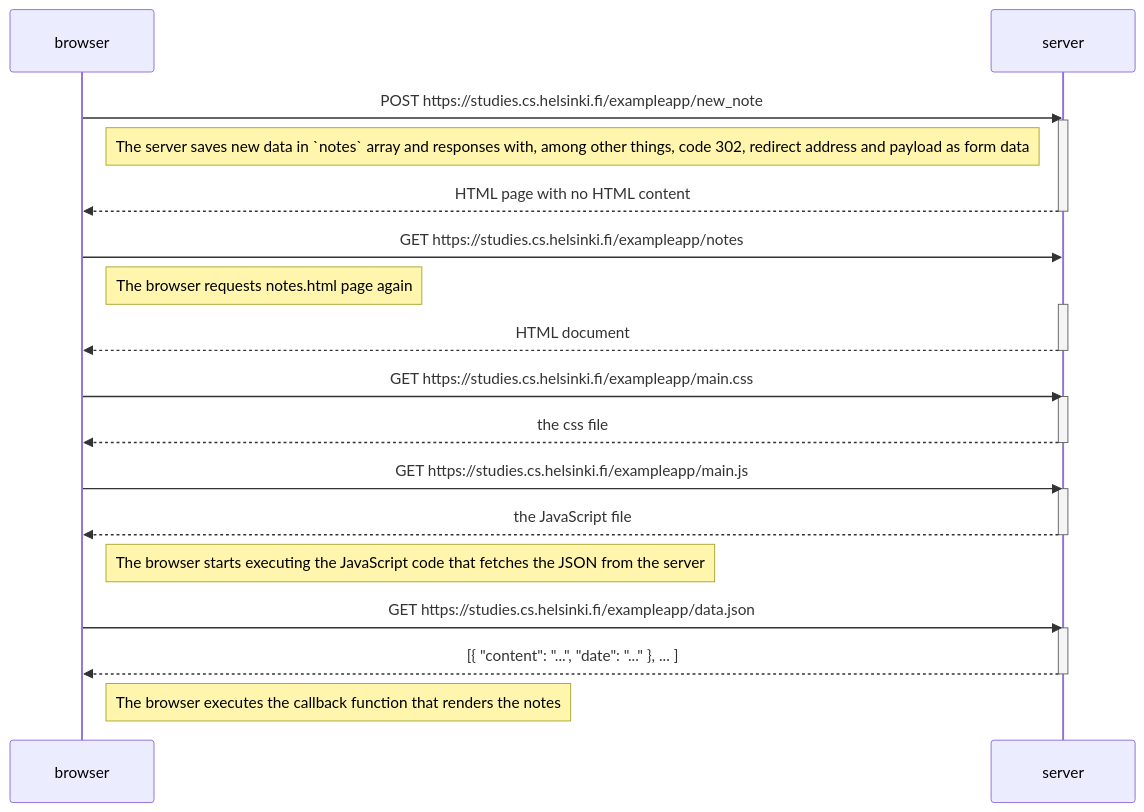
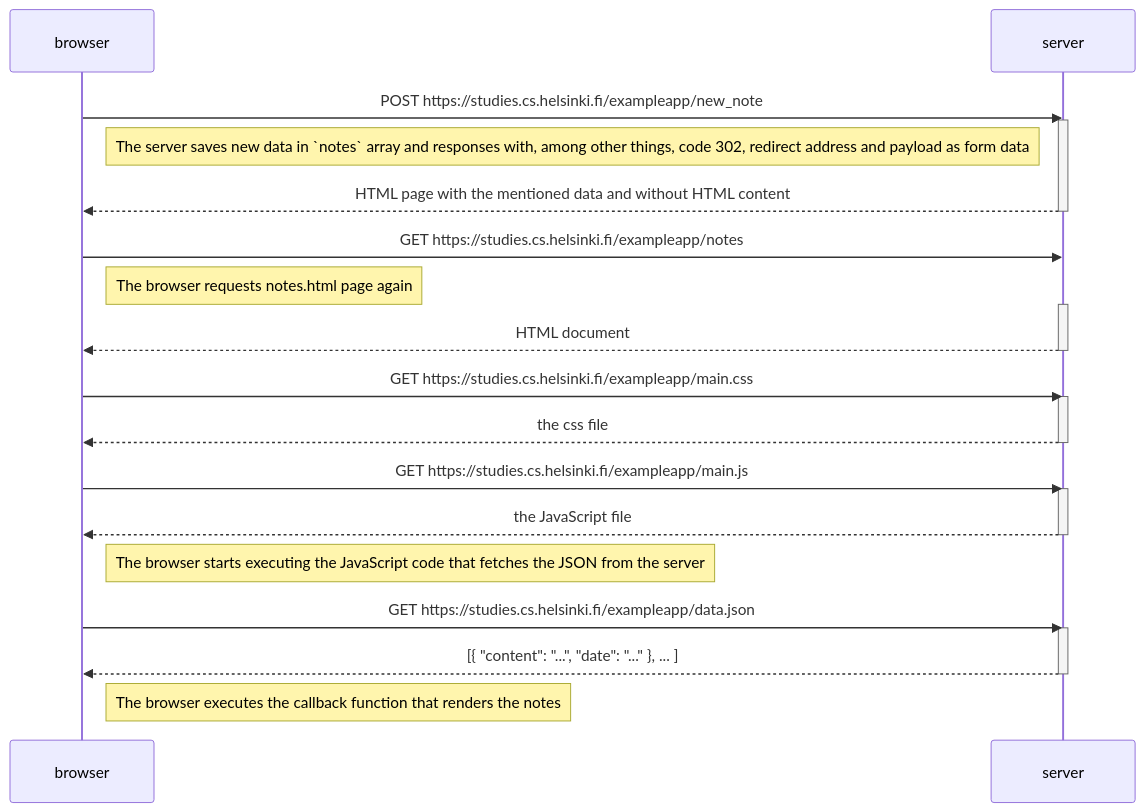
The diagram in part0/newNoteDiagram.md (NordMan10/Full-Stack-Open-2023), drawn with Mermaid before and after one commit.

````diff
--- a/part0/newNoteDiagram.md
+++ b/part0/newNoteDiagram.md
@@ -1,37 +1,37 @@
 ```mermaid	
 sequenceDiagram
 	participant browser
 	participant server
 	
 	browser->>server: POST https://studies.cs.helsinki.fi/exampleapp/new_note
 	activate server
 	Note left of server: The server saves new data in `notes` array and responses with, among other things, code 302, redirect address and payload as form data
-    	server-->>browser: HTML page with no HTML content
+    	server-->>browser: HTML page with the mentioned data and without HTML content
     	deactivate server
 
     	browser->>server: GET https://studies.cs.helsinki.fi/exampleapp/notes
     	Note right of browser: The browser requests notes.html page again
     	activate server
 		server-->>browser: HTML document
 		deactivate server
 
     	browser->>server: GET https://studies.cs.helsinki.fi/exampleapp/main.css
     	activate server
     	server-->>browser: the css file
     	deactivate server
 
     	browser->>server: GET https://studies.cs.helsinki.fi/exampleapp/main.js
     	activate server
     	server-->>browser: the JavaScript file
     	deactivate server
 
     	Note right of browser: The browser starts executing the JavaScript code that fetches the JSON from the server
 
     	browser->>server: GET https://studies.cs.helsinki.fi/exampleapp/data.json
     	activate server
     	server-->>browser: [{ "content": "...", "date": "..." }, ... ]
     	deactivate server
 
     	Note right of browser: The browser executes the callback function that renders the notes
 
 ```
````
